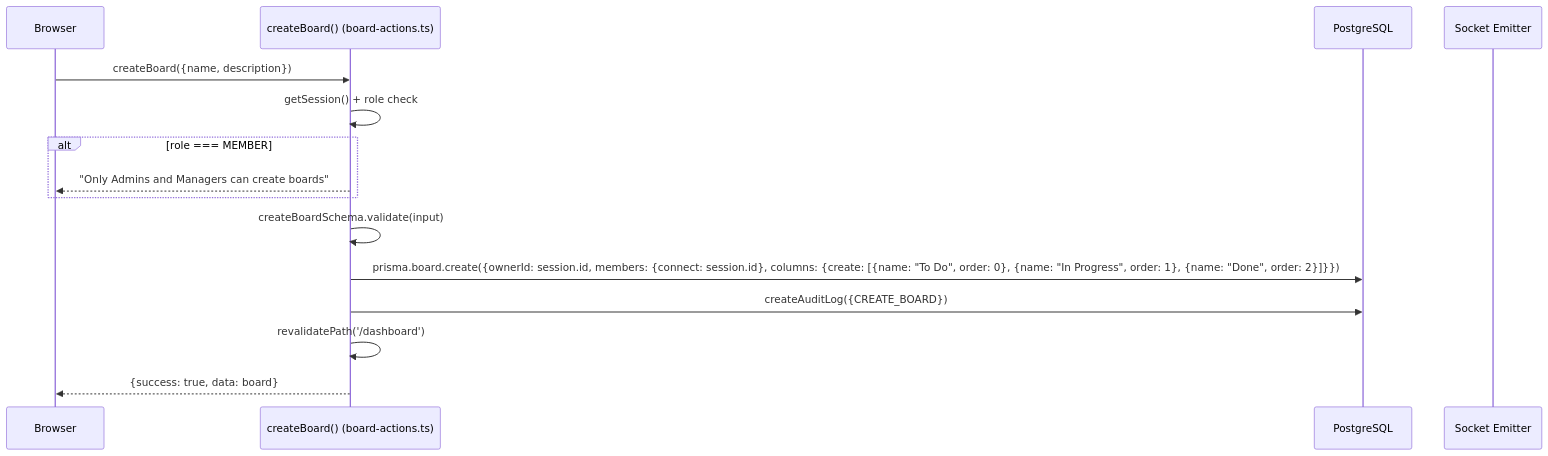
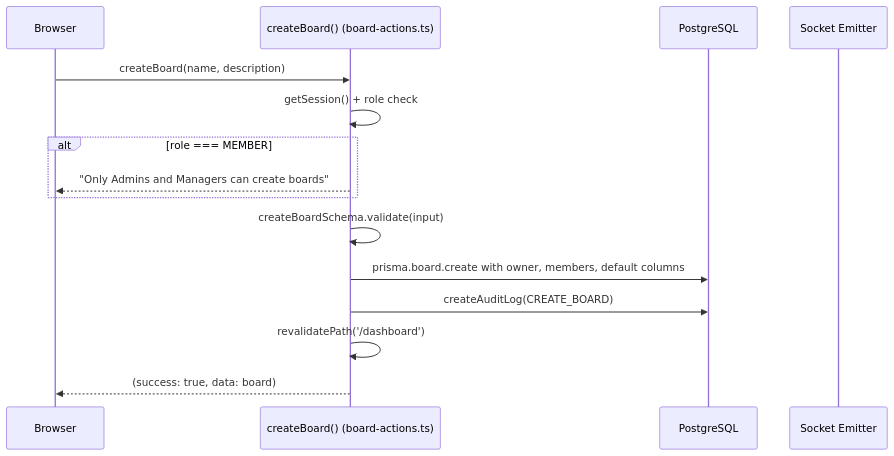
One commit to asefahmed500/Smart-Task-App_IIT_DU_Final_Project changed the second of 7 diagrams in docs/04-board-management.md. Above: the diagram before and after it, drawn with Mermaid. The commit also changed other lines of this file and 9 other files, not shown here.

Commit message:
fix: update AGENTS.md with Vercel deployment notes and additional mermaid cleanups

````diff
--- a/docs/04-board-management.md
+++ b/docs/04-board-management.md
@@ -39,18 +39,18 @@
 ```mermaid
 sequenceDiagram
     participant Browser
     participant Action as createBoard() (board-actions.ts)
     participant DB as PostgreSQL
     participant Socket as Socket Emitter
 
-    Browser->>Action: createBoard({name, description})
+    Browser->>Action: createBoard(name, description)
     Action->>Action: getSession() + role check
     alt role === MEMBER
         Action-->>Browser: "Only Admins and Managers can create boards"
     end
     Action->>Action: createBoardSchema.validate(input)
-    Action->>DB: prisma.board.create({ownerId: session.id, members: {connect: session.id}, columns: {create: [{name: "To Do", order: 0}, {name: "In Progress", order: 1}, {name: "Done", order: 2}]}})
-    Action->>DB: createAuditLog({CREATE_BOARD})
+    Action->>DB: prisma.board.create with owner, members, default columns
+    Action->>DB: createAuditLog(CREATE_BOARD)
     Action->>Action: revalidatePath('/dashboard')
-    Action-->>Browser: {success: true, data: board}
+    Action-->>Browser: (success: true, data: board)
 ```
````
